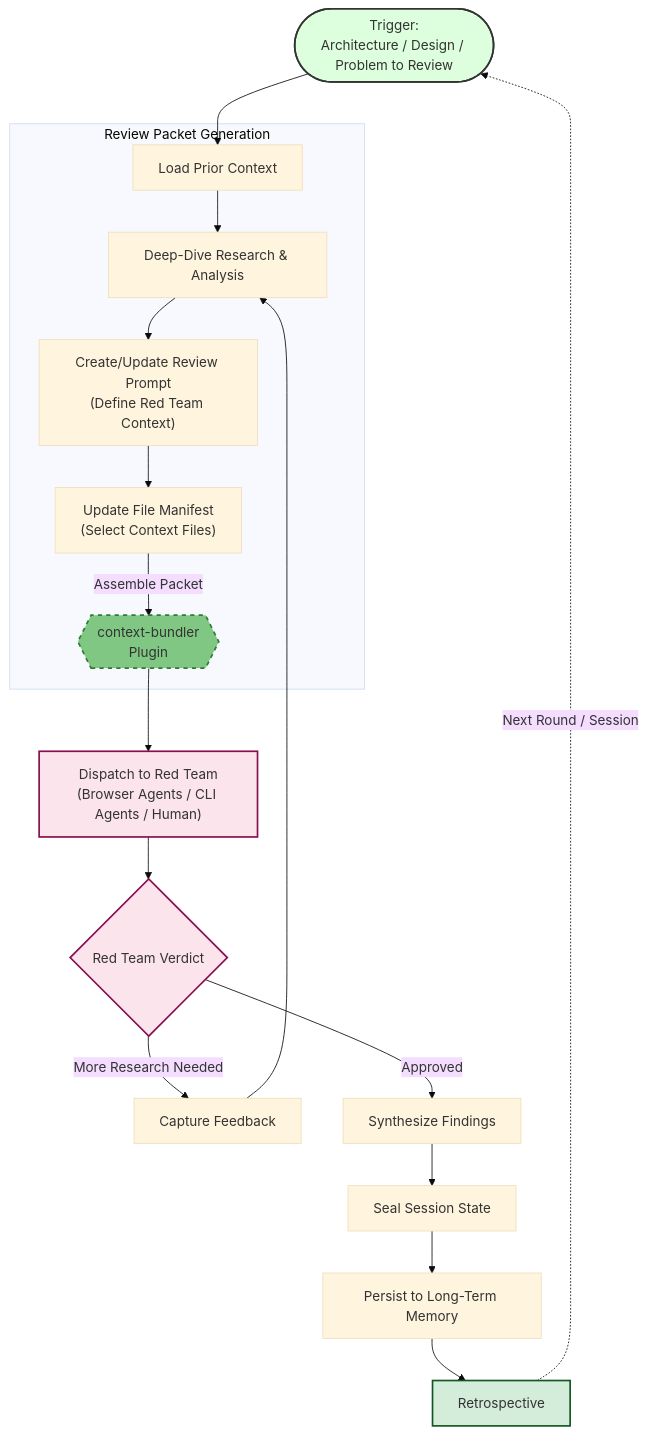
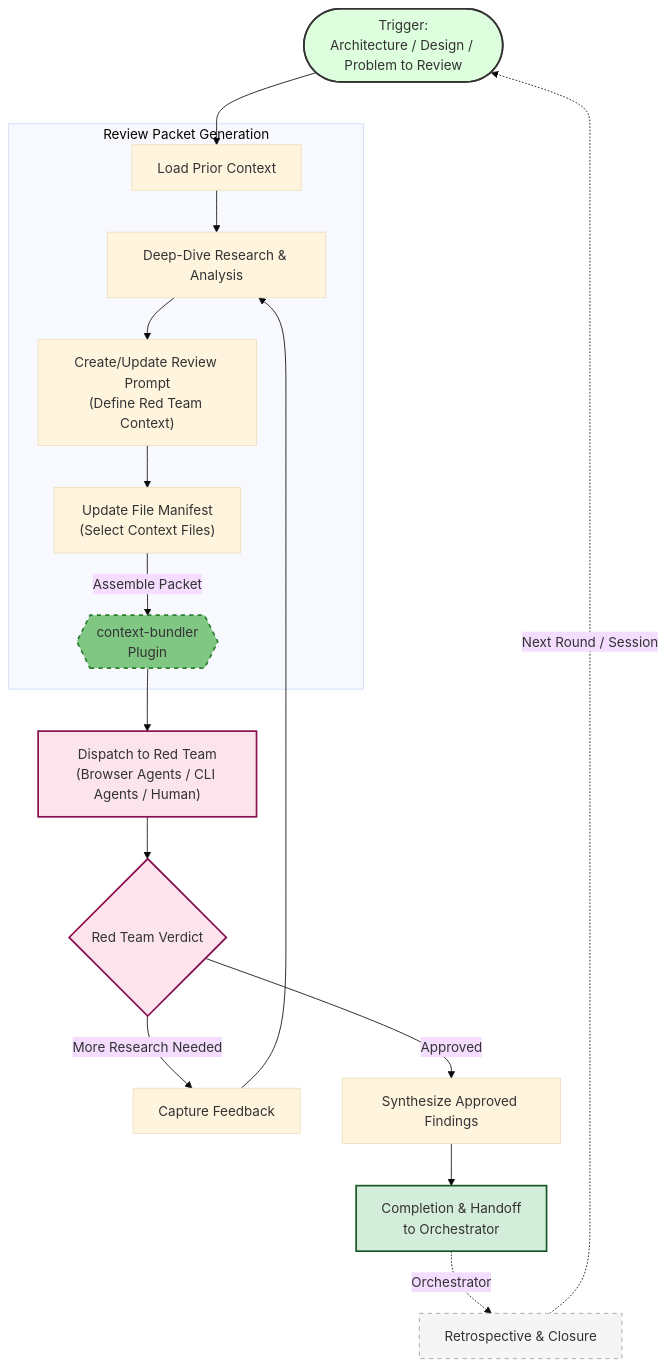
Before and after one commit to richfrem/Project_Sanctuary: the diagram in plugins/agent-loops/resources/diagrams/red_team_review_loop.mmd, drawn with Mermaid. The commit also changed 4 other files, not shown here.

Commit message:
docs(diagrams): update agent loop architectural diagrams and add explicit guardian handoff sequence

```diff
--- a/plugins/agent-loops/resources/diagrams/red_team_review_loop.mmd
+++ b/plugins/agent-loops/resources/diagrams/red_team_review_loop.mmd
@@ -1,42 +1,42 @@
 ---
 config:
   theme: base
 ---
 
 %% Pattern 2: Red Team Review Loop
 %% Orchestrated research with iterative adversarial review rounds.
 %% Location: resources/diagrams/red_team_review_loop.mmd
 
 flowchart TB
     Start(["Trigger:<br>Architecture / Design / Problem to Review"])
     Start --> Orient["Load Prior Context"]
     
     subgraph Execution["Review Packet Generation"]
         Research["Deep-Dive Research & Analysis"]
         Prompt["Create/Update Review Prompt<br>(Define Red Team Context)"]
         Manifest["Update File Manifest<br>(Select Context Files)"]
         Bundler{{"context-bundler<br>Plugin"}}
         
         Orient --> Research
         Research --> Prompt
         Prompt --> Manifest
         Manifest -->|Assemble Packet| Bundler
     end
     
     Bundler --> Dispatch["Dispatch to Red Team<br>(Browser Agents / CLI Agents / Human)"]
 
     Dispatch --> Review{"Red Team Verdict"}
     Review -- "More Research Needed" --> Feedback["Capture Feedback"]
     Feedback --> Research
-    Review -- "Approved" --> Synthesize["Synthesize Findings"]
+    Review -- "Approved" --> Synthesize["Synthesize Approved Findings"]
 
-    Synthesize --> Seal["Seal Session State"]
-    Seal --> Persist["Persist to Long-Term Memory"]
-    Persist --> Retro["Retrospective"]
-    Retro -.->|"Next Round / Session"| Start
+    Synthesize --> Handoff["Completion & Handoff<br>to Orchestrator"]
+    Handoff -.->|Orchestrator| Next["Retrospective & Closure"]
+    Next -.->|"Next Round / Session"| Start
 
     style Start fill:#dfd,stroke:#333,stroke-width:2px
     style Review fill:#fce4ec,stroke:#880e4f,stroke-width:2px
     style Dispatch fill:#fce4ec,stroke:#880e4f,stroke-width:2px
-    style Retro fill:#d4edda,stroke:#155724,stroke-width:2px
+    style Handoff fill:#d4edda,stroke:#155724,stroke-width:2px
+    style Next fill:#f5f5f5,stroke:#9e9e9e,stroke-width:1px,stroke-dasharray: 5 5
     style Bundler fill:#81c784,stroke:#2e7d32,stroke-width:2px,stroke-dasharray: 5 5
```
